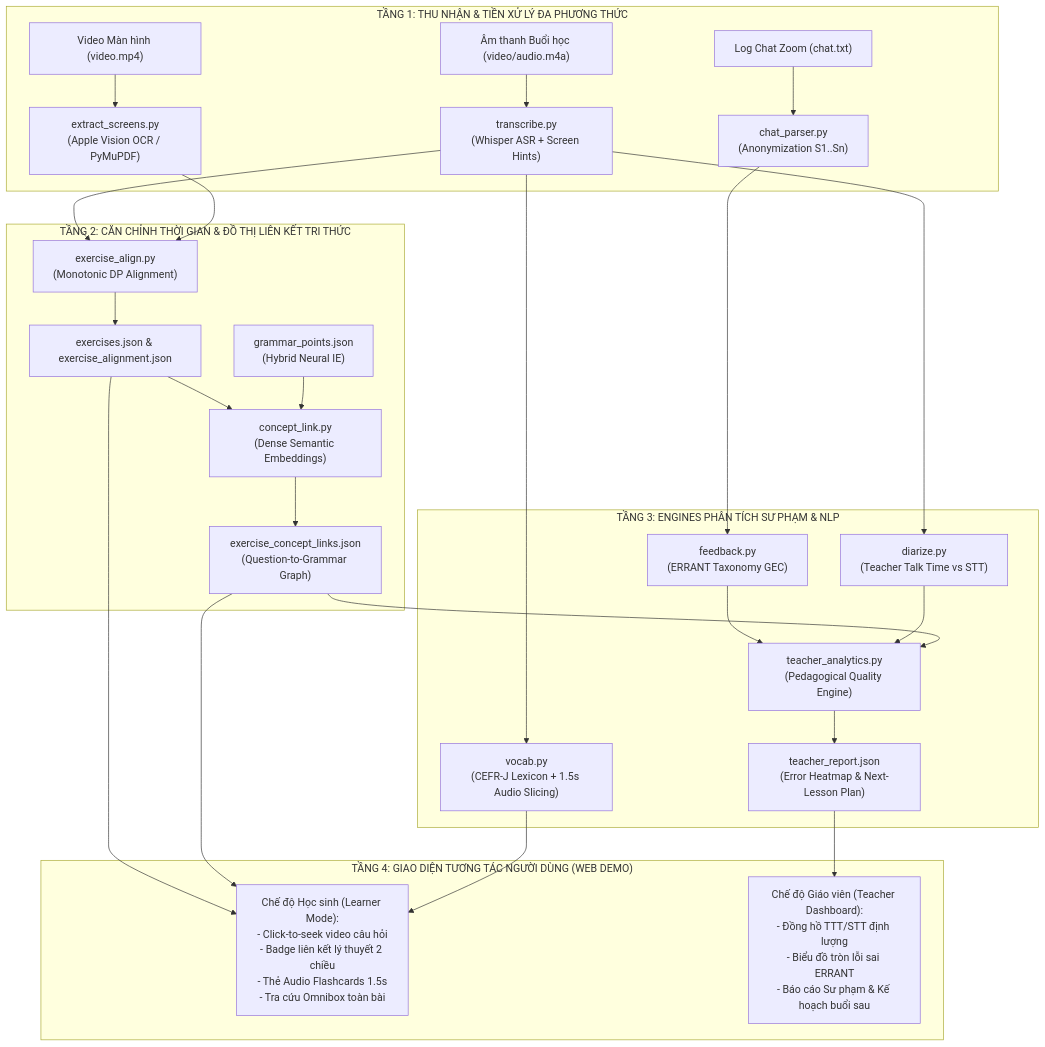
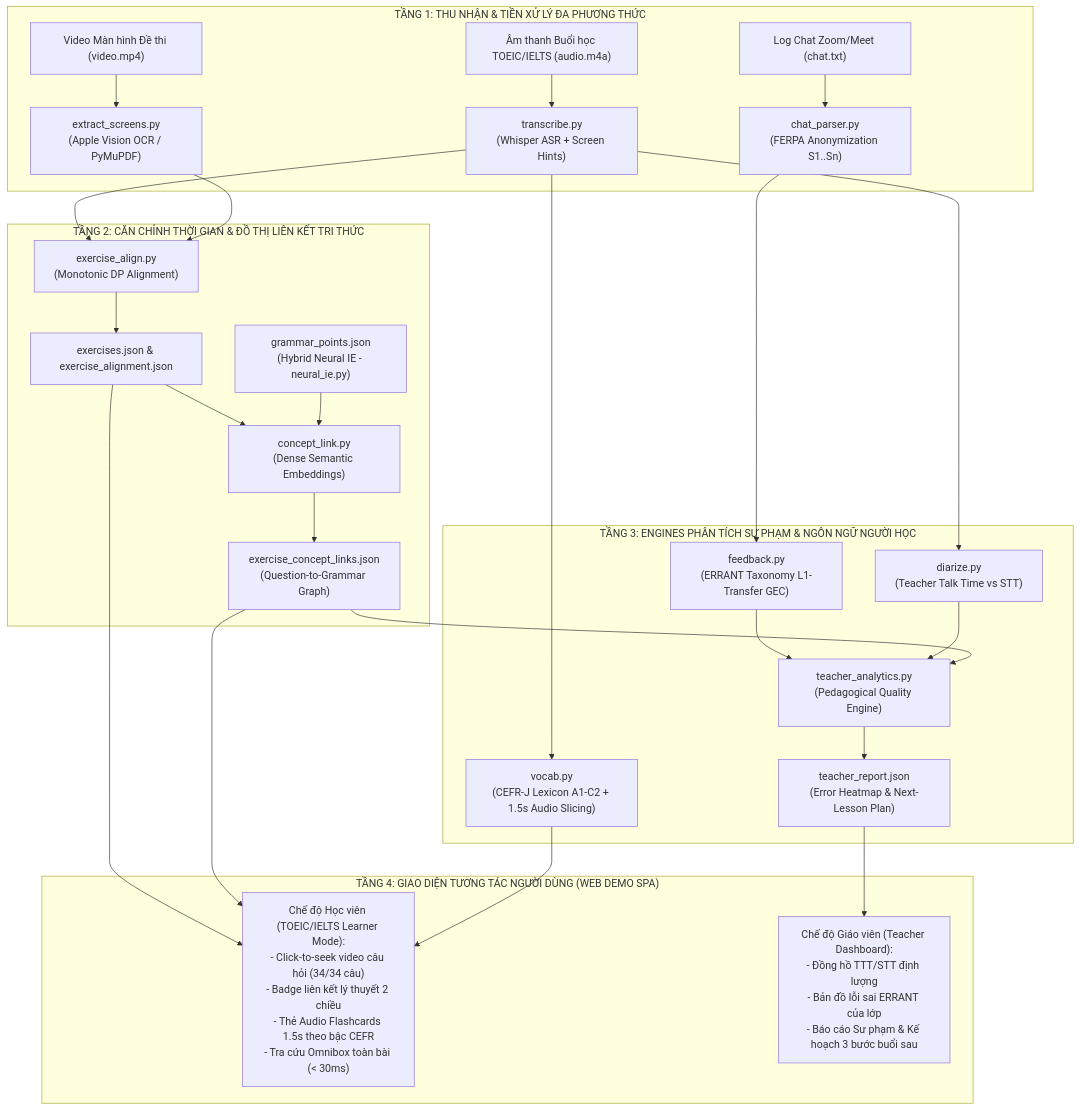
Before and after one commit to CelesEclipse/NLP501_edusync_mvp: the first of 2 diagrams in report/edusync_detailed_design_and_qa_plan.md, drawn with Mermaid. The commit also changed other lines of this file and 20 other files, not shown here.

Commit message:
docs: unify TOEIC/IELTS focus, add research citations & technical NLP defense guide

````diff
--- a/report/edusync_detailed_design_and_qa_plan.md
+++ b/report/edusync_detailed_design_and_qa_plan.md
@@ -16,37 +24,34 @@
 ```mermaid
 flowchart TD
     subgraph Layer1["TẦNG 1: THU NHẬN & TIỀN XỬ LÝ ĐA PHƯƠNG THỨC"]
-        AudioIn["Âm thanh Buổi học (video/audio.m4a)"] --> Transcribe["transcribe.py<br>(Whisper ASR + Screen Hints)"]
-        VideoIn["Video Màn hình (video.mp4)"] --> OCR["extract_screens.py<br>(Apple Vision OCR / PyMuPDF)"]
-        ChatIn["Log Chat Zoom (chat.txt)"] --> ChatParser["chat_parser.py<br>(Anonymization S1..Sn)"]
+        AudioIn["Âm thanh Buổi học TOEIC/IELTS (audio.m4a)"] --> Transcribe["transcribe.py<br>(Whisper ASR + Screen Hints)"]
+        VideoIn["Video Màn hình Đề thi (video.mp4)"] --> OCR["extract_screens.py<br>(Apple Vision OCR / PyMuPDF)"]
+        ChatIn["Log Chat Zoom/Meet (chat.txt)"] --> ChatParser["chat_parser.py<br>(FERPA Anonymization S1..Sn)"]
     end
 
     subgraph Layer2["TẦNG 2: CĂN CHỈNH THỜI GIAN & ĐỒ THỊ LIÊN KẾT TRI THỨC"]
         Transcribe --> Alignment["exercise_align.py<br>(Monotonic DP Alignment)"]
         OCR --> Alignment
         Alignment --> ExercisesJSON["exercises.json & exercise_alignment.json"]
         
         ExercisesJSON --> ConceptLinking["concept_link.py<br>(Dense Semantic Embeddings)"]
-        GrammarData["grammar_points.json<br>(Hybrid Neural IE)"] --> ConceptLinking
+        GrammarData["grammar_points.json<br>(Hybrid Neural IE - neural_ie.py)"] --> ConceptLinking
         ConceptLinking --> ConceptLinksJSON["exercise_concept_links.json<br>(Question-to-Grammar Graph)"]
     end
 
-    subgraph Layer3["TẦNG 3: ENGINES PHÂN TÍCH SƯ PHẠM & NLP"]
-        Transcribe --> VocabEngine["vocab.py<br>(CEFR-J Lexicon + 1.5s Audio Slicing)"]
-        ChatParser --> GECEngine["feedback.py<br>(ERRANT Taxonomy GEC)"]
+    subgraph Layer3["TẦNG 3: ENGINES PHÂN TÍCH SƯ PHẠM & NGÔN NGỮ NGƯỜI HỌC"]
+        Transcribe --> VocabEngine["vocab.py<br>(CEFR-J Lexicon A1-C2 + 1.5s Audio Slicing)"]
+        ChatParser --> GECEngine["feedback.py<br>(ERRANT Taxonomy L1-Transfer GEC)"]
         Transcribe --> DiarizeEngine["diarize.py<br>(Teacher Talk Time vs STT)"]
         
         GECEngine --> TeacherAnalytics["teacher_analytics.py<br>(Pedagogical Quality Engine)"]
         DiarizeEngine --> TeacherAnalytics
         ConceptLinksJSON --> TeacherAnalytics
         TeacherAnalytics --> TeacherReportJSON["teacher_report.json<br>(Error Heatmap & Next-Lesson Plan)"]
     end
 
-    subgraph Layer4["TẦNG 4: GIAO DIỆN TƯƠNG TÁC NGƯỜI DÙNG (WEB DEMO)"]
-        ExercisesJSON --> UI_Student["Chế độ Học sinh (Learner Mode):<br>- Click-to-seek video câu hỏi<br>- Badge liên kết lý thuyết 2 chiều<br>- Thẻ Audio Flashcards 1.5s<br>- Tra cứu Omnibox toàn bài"]
-        ConceptLinksJSON --> UI_Student
-        VocabEngine --> UI_Student
-        
-        TeacherReportJSON --> UI_Teacher["Chế độ Giáo viên (Teacher Dashboard):<br>- Đồng hồ TTT/STT định lượng<br>- Biểu đồ tròn lỗi sai ERRANT<br>- Báo cáo Sư phạm & Kế hoạch buổi sau"]
+    subgraph Layer4["TẦNG 4: GIAO DIỆN TƯƠNG TÁC NGƯỜI DÙNG (WEB DEMO SPA)"]
+        ExercisesJSON & ConceptLinksJSON & VocabEngine --> UI_Student["Chế độ Học viên (TOEIC/IELTS Learner Mode):<br>- Click-to-seek video câu hỏi (34/34 câu)<br>- Badge liên kết lý thuyết 2 chiều<br>- Thẻ Audio Flashcards 1.5s theo bậc CEFR<br>- Tra cứu Omnibox toàn bài (< 30ms)"]
+        TeacherReportJSON --> UI_Teacher["Chế độ Giáo viên (Teacher Dashboard):<br>- Đồng hồ TTT/STT định lượng<br>- Bản đồ lỗi sai ERRANT của lớp<br>- Báo cáo Sư phạm & Kế hoạch 3 bước buổi sau"]
     end
 ```
````
